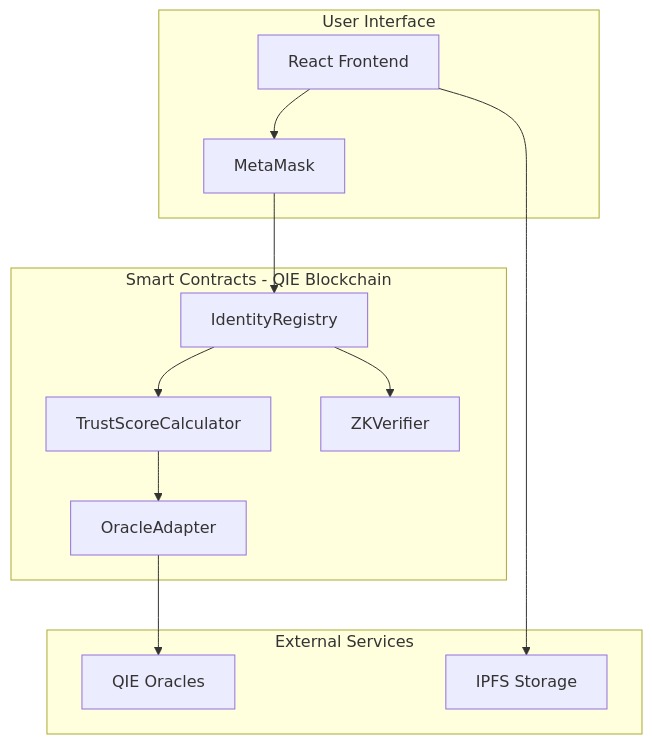
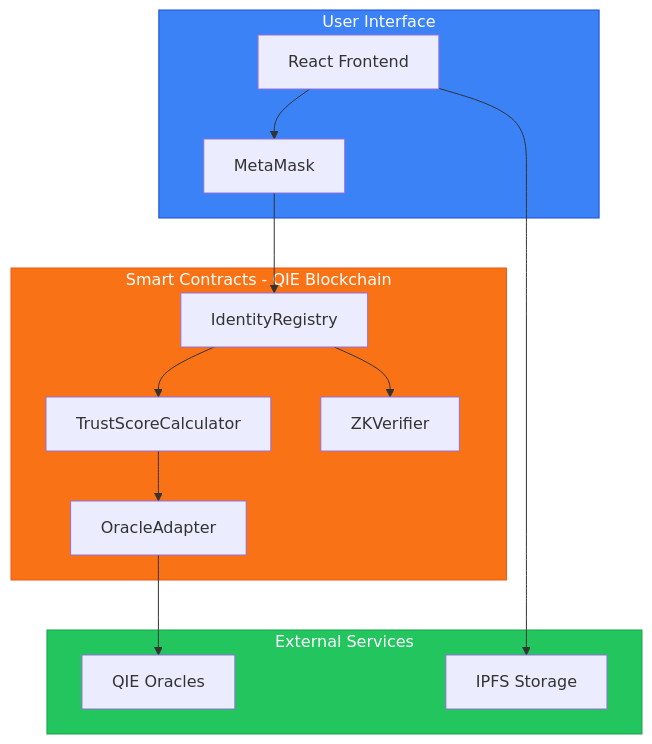
Before and after one commit to yashodipmore/VeriChain-Identity-Protocol: the first of 10 diagrams in Archiecture.md, drawn with Mermaid. The commit also changed other lines of this file, not shown here.

````diff
--- a/Archiecture.md
+++ b/Archiecture.md
@@ -9,27 +9,31 @@
 ```mermaid
 flowchart TB
     subgraph UI[User Interface]
         A[React Frontend]
         B[MetaMask]
     end
 
     subgraph CONTRACTS[Smart Contracts - QIE Blockchain]
         C[IdentityRegistry]
         D[TrustScoreCalculator]
         E[OracleAdapter]
         F[ZKVerifier]
     end
 
     subgraph EXTERNAL[External Services]
         G[QIE Oracles]
         H[IPFS Storage]
     end
 
     A --> B
     B --> C
     C --> D
     D --> E
     E --> G
     C --> F
     A --> H
+
+    style UI fill:#3b82f6,stroke:#1d4ed8,color:#fff
+    style CONTRACTS fill:#f97316,stroke:#ea580c,color:#fff
+    style EXTERNAL fill:#22c55e,stroke:#16a34a,color:#fff
 ```
````
